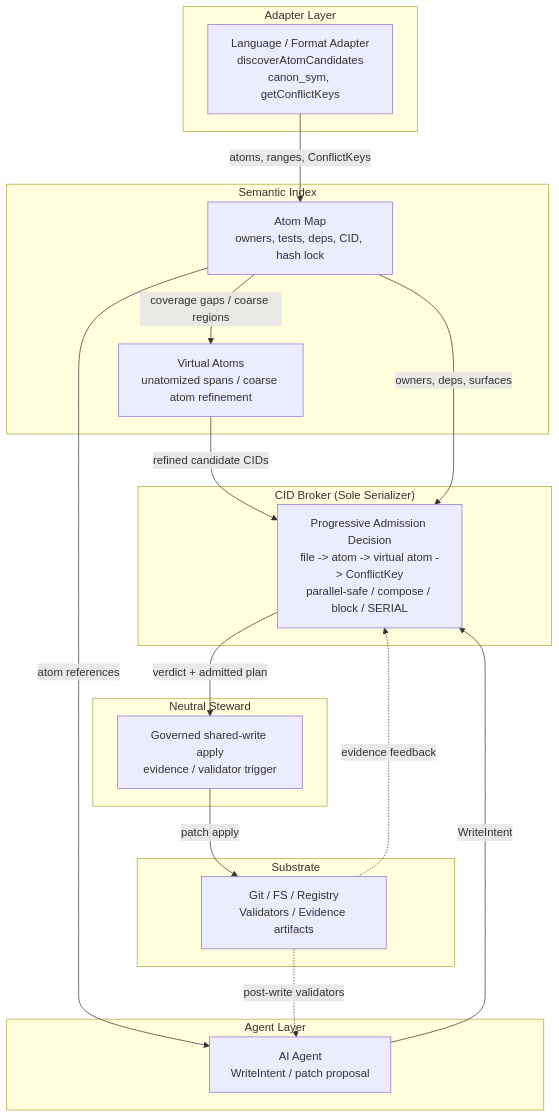
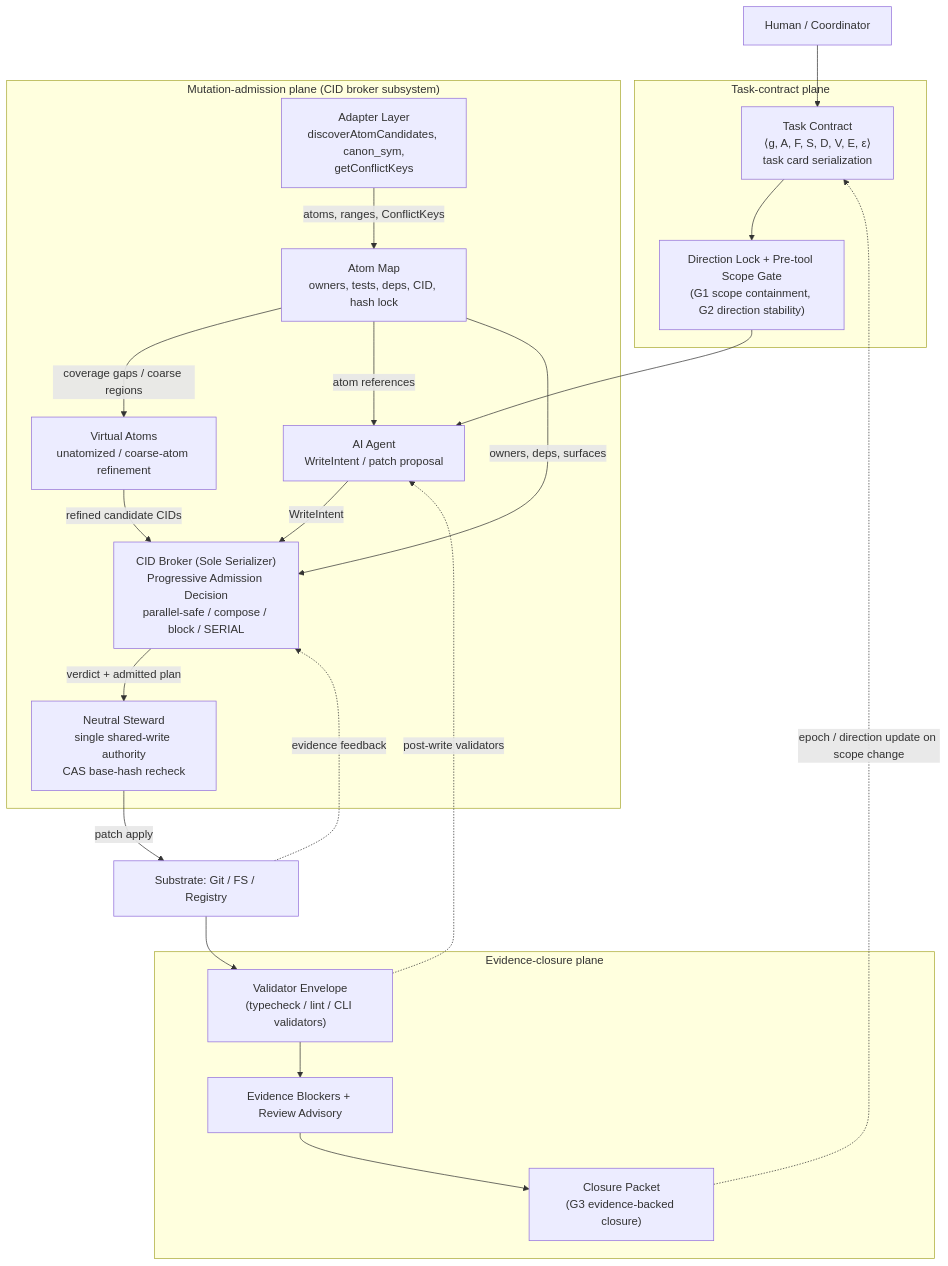
One commit to eaglhuang/3klife changed the first of 4 diagrams in docs/ai_atomic_framework/arxiv-paper-v1/paper.v3.1.md. Above: the diagram before and after it, drawn with Mermaid. The commit also changed other lines of this file, not shown here.

````diff
--- a/docs/ai_atomic_framework/arxiv-paper-v1/paper.v3.1.md
+++ b/docs/ai_atomic_framework/arxiv-paper-v1/paper.v3.1.md
@@ -128,32 +245,44 @@
 ```mermaid
 flowchart TB
-    subgraph Adapter["Adapter Layer"]
-        A1["Language / Format Adapter<br/>discoverAtomCandidates<br/>canon_sym, getConflictKeys"]
+    HU["Human / Coordinator"]
+
+    subgraph TC["Task-contract plane"]
+        T["Task Contract<br/>⟨g, A, F, S, D, V, E, ε⟩<br/>task card serialization"]
+        DL["Direction Lock + Pre-tool Scope Gate<br/>(G1 scope containment, G2 direction stability)"]
     end
-    subgraph Map["Semantic Index"]
-        M1["Atom Map<br/>owners, tests, deps, CID, hash lock"]
-        M2["Virtual Atoms<br/>unatomized spans / coarse atom refinement"]
+
+    subgraph MA["Mutation-admission plane (CID broker subsystem)"]
+        AG["AI Agent<br/>WriteIntent / patch proposal"]
+        ADAP["Adapter Layer<br/>discoverAtomCandidates, canon_sym,<br/>getConflictKeys"]
+        AM["Atom Map<br/>owners, tests, deps, CID, hash lock"]
+        VA["Virtual Atoms<br/>unatomized / coarse-atom refinement"]
+        B["CID Broker (Sole Serializer)<br/>Progressive Admission Decision<br/>parallel-safe / compose / block / SERIAL"]
+        ST["Neutral Steward<br/>single shared-write authority<br/>CAS base-hash recheck"]
     end
-    subgraph Agent["Agent Layer"]
-        AG["AI Agent<br/>WriteIntent / patch proposal"]
+
+    subgraph EC["Evidence-closure plane"]
+        VE["Validator Envelope<br/>(typecheck / lint / CLI validators)"]
+        EB["Evidence Blockers + Review Advisory"]
+        CP["Closure Packet<br/>(G3 evidence-backed closure)"]
     end
-    subgraph Broker["CID Broker (Sole Serializer)"]
-        B["Progressive Admission Decision<br/>file -> atom -> virtual atom -> ConflictKey<br/>parallel-safe / compose / block / SERIAL"]
-    end
-    subgraph Steward["Neutral Steward"]
-        S["Governed shared-write apply<br/>evidence / validator trigger"]
-    end
-    subgraph Substrate["Substrate"]
-        SUB["Git / FS / Registry<br/>Validators / Evidence artifacts"]
-    end
-    A1 -- "atoms, ranges, ConflictKeys" --> M1
-    M1 -- "coverage gaps / coarse regions" --> M2
-    M1 -- "atom references" --> AG
-    M2 -- "refined candidate CIDs" --> B
+
+    SUB["Substrate: Git / FS / Registry"]
+
+    HU --> T
+    T --> DL
+    DL --> AG
+    ADAP -- "atoms, ranges, ConflictKeys" --> AM
+    AM -- "coverage gaps / coarse regions" --> VA
+    AM -- "atom references" --> AG
     AG -- "WriteIntent" --> B
-    M1 -- "owners, deps, surfaces" --> B
-    B -- "verdict + admitted plan" --> S
-    S -- "patch apply" --> SUB
+    VA -- "refined candidate CIDs" --> B
+    AM -- "owners, deps, surfaces" --> B
+    B -- "verdict + admitted plan" --> ST
+    ST -- "patch apply" --> SUB
+    SUB --> VE
+    VE --> EB
+    EB --> CP
     SUB -. "evidence feedback" .-> B
-    SUB -. "post-write validators" .-> AG
+    VE -. "post-write validators" .-> AG
+    CP -. "epoch / direction update on scope change" .-> T
 ```
````
